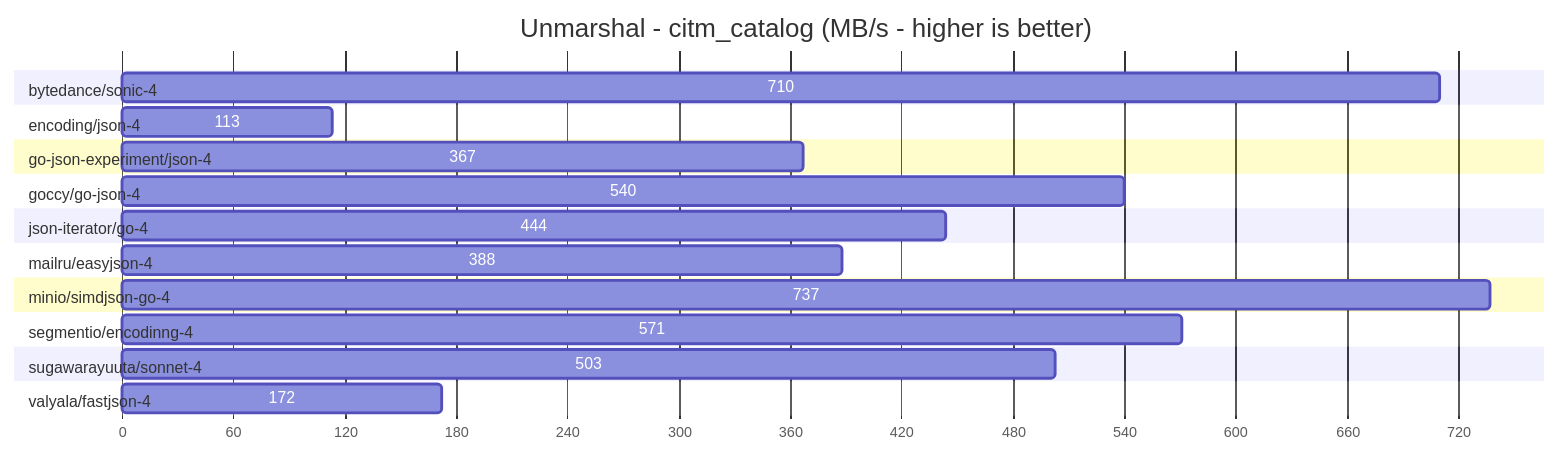
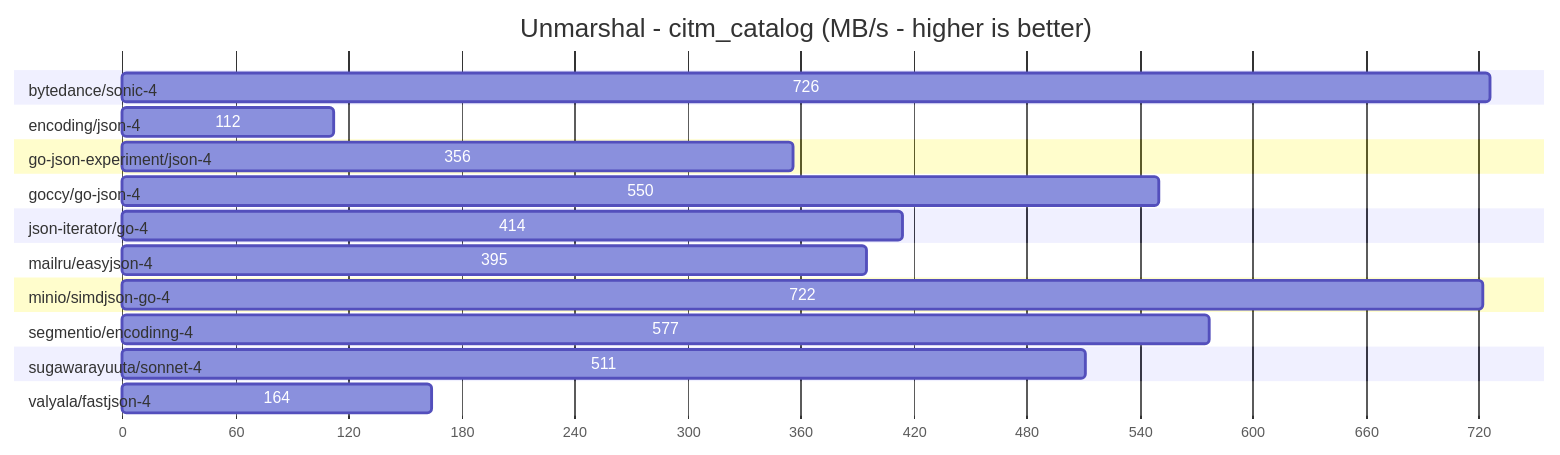
One commit to sugawarayuuta/benchmark changed the eighth of 12 diagrams in README.md. Above: the diagram before and after it, drawn with Mermaid. The commit also changed other lines of this file and 3 other files, not shown here.

````diff
--- a/README.md
+++ b/README.md
@@ -185,27 +185,27 @@
 ```mermaid
 gantt
 title Unmarshal - citm_catalog (MB/s - higher is better)
 dateFormat X
 axisFormat %s
 
 section bytedance/sonic-4                  
-710 :0, 710
+726 :0, 726
 section encoding/json-4                    
-113 :0, 113
+112 :0, 112
 section go-json-experiment/json-4          
-367 :0, 367
+356 :0, 356
 section goccy/go-json-4                    
-540 :0, 540
+550 :0, 550
 section json-iterator/go-4                 
-444 :0, 444
+414 :0, 414
 section mailru/easyjson-4                  
-388 :0, 388
+395 :0, 395
 section minio/simdjson-go-4                
-737 :0, 737
+722 :0, 722
 section segmentio/encodinng-4              
-571 :0, 571
+577 :0, 577
 section sugawarayuuta/sonnet-4             
-503 :0, 503
+511 :0, 511
 section valyala/fastjson-4                 
-172 :0, 172
+164 :0, 164
 ```
````
